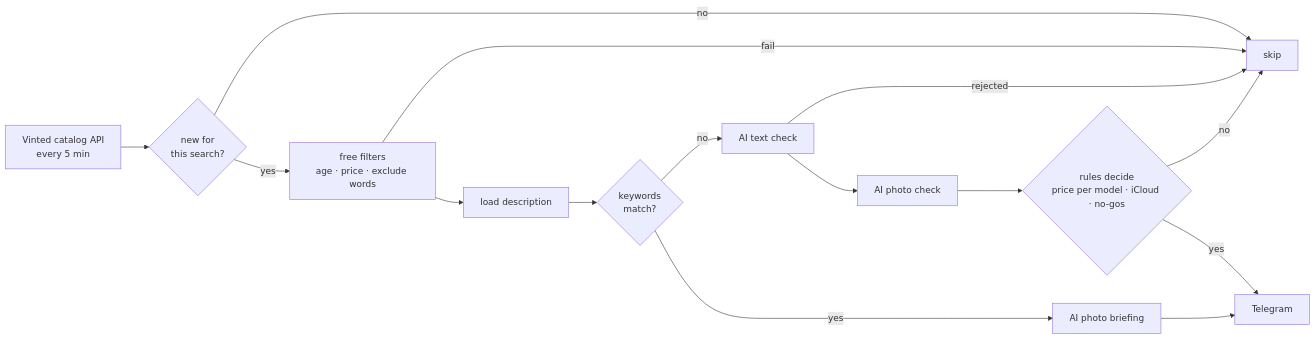
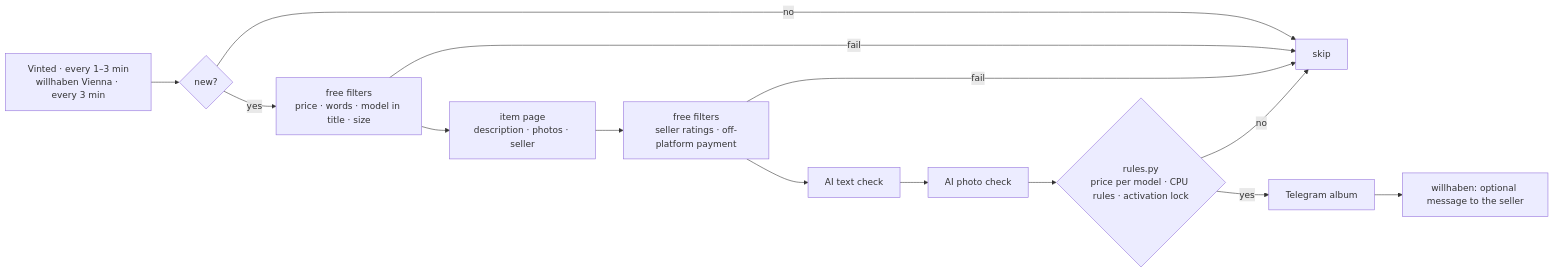
The diagram in README.md (Knollin420/flip-scout), drawn with Mermaid before and after one commit. The commit also changed other lines of this file and 18 other files, not shown here.

````diff
--- a/README.md
+++ b/README.md
@@ -31,17 +33,16 @@
 ```mermaid
 flowchart LR
-    A[Vinted catalog API<br/>every 5 min] --> B{new for<br/>this search?}
-    B -- no --> X[skip]
-    B -- yes --> C[free filters<br/>age · price · exclude words]
-    C -- fail --> X
-    C --> D[load description]
-    D --> E{keywords<br/>match?}
-    E -- yes --> H[AI photo briefing]
-    E -- no --> F[AI text check]
-    F -- rejected --> X
-    F --> G[AI photo check]
-    G --> R{rules decide<br/>price per model · iCloud · no-gos}
+    S[Vinted · every 1–3 min<br/>willhaben Vienna · every 3 min] --> N{new?}
+    N -- no --> X[skip]
+    N -- yes --> F[free filters<br/>price · words · model in title · size]
+    F -- fail --> X
+    F --> D[item page<br/>description · photos · seller]
+    D --> G[free filters<br/>seller ratings · off-platform payment]
+    G -- fail --> X
+    G --> T[AI text check]
+    T --> P[AI photo check]
+    P --> R{rules.py<br/>price per model · CPU rules · activation lock}
     R -- no --> X
-    R -- yes --> T[Telegram]
-    H --> T
+    R -- yes --> M[Telegram album]
+    M --> W[willhaben: optional message to the seller]
 ```
````
